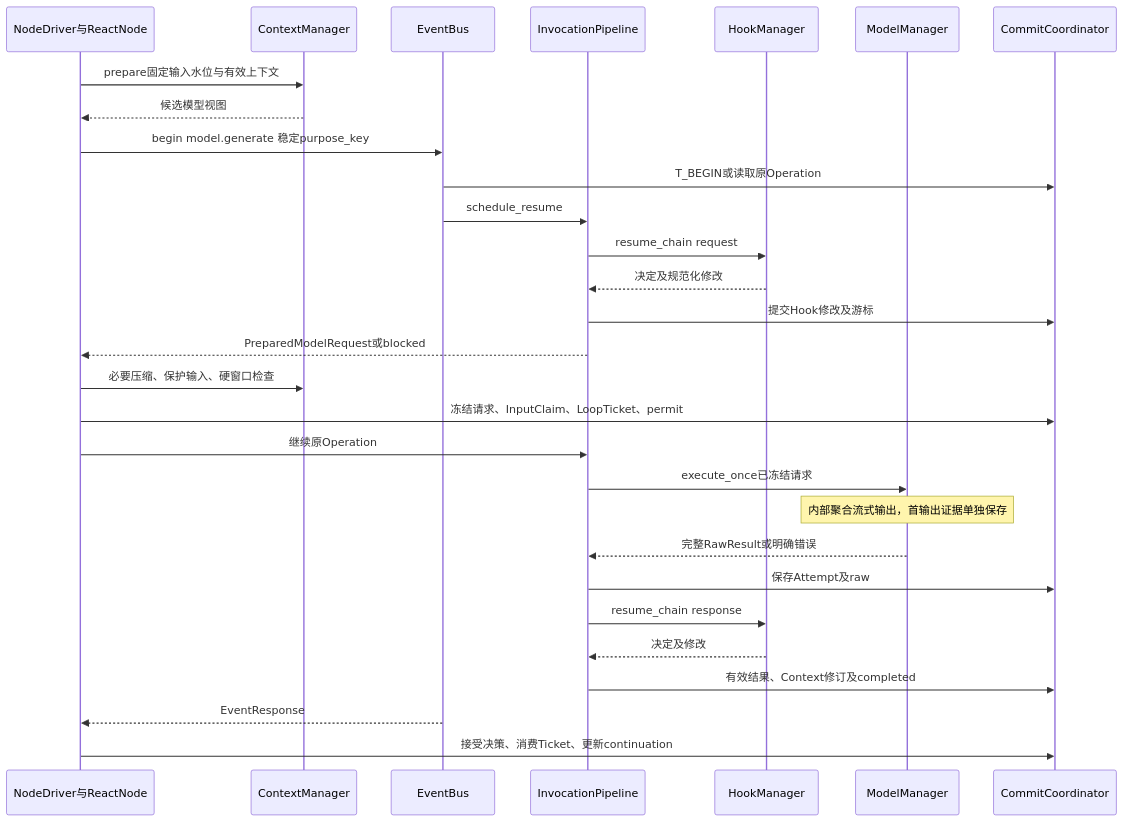
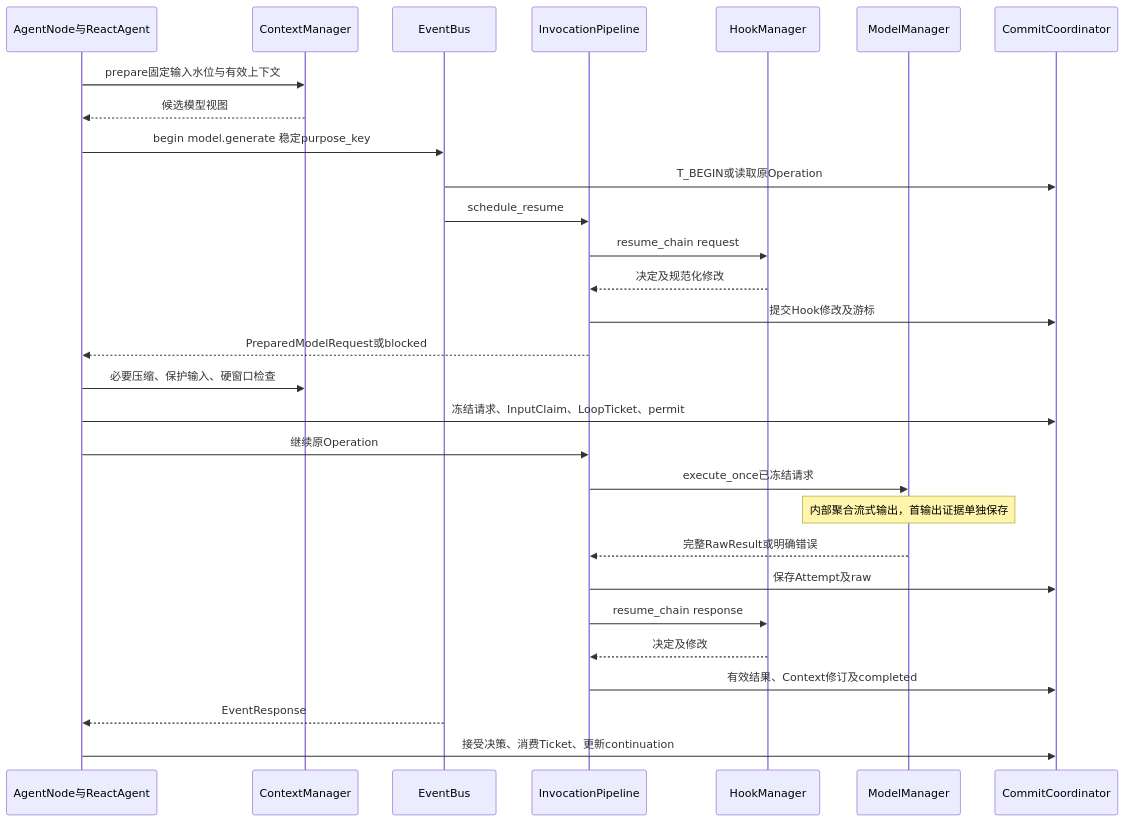
The seventh of 9 diagrams in docs/sdk/object-collaboration.md (dujian0068/agent-loom), drawn with Mermaid before and after one commit. The commit also changed other lines of this file and 28 other files, not shown here.

Commit message:
docs: clarify runtime scopes and AgentNode composition

````diff
--- a/docs/sdk/object-collaboration.md
+++ b/docs/sdk/object-collaboration.md
@@ -350,31 +481,31 @@
 ```mermaid
 sequenceDiagram
-    participant D as NodeDriver与ReactNode
+    participant D as AgentNode与ReactAgent
     participant X as ContextManager
     participant B as EventBus
     participant P as InvocationPipeline
     participant H as HookManager
     participant M as ModelManager
     participant C as CommitCoordinator
     D->>X: prepare固定输入水位与有效上下文
     X-->>D: 候选模型视图
     D->>B: begin model.generate 稳定purpose_key
     B->>C: T_BEGIN或读取原Operation
     B->>P: schedule_resume
     P->>H: resume_chain request
     H-->>P: 决定及规范化修改
     P->>C: 提交Hook修改及游标
     P-->>D: PreparedModelRequest或blocked
     D->>X: 必要压缩、保护输入、硬窗口检查
     D->>C: 冻结请求、InputClaim、LoopTicket、permit
     D->>P: 继续原Operation
     P->>M: execute_once已冻结请求
     Note over M: 内部聚合流式输出，首输出证据单独保存
     M-->>P: 完整RawResult或明确错误
     P->>C: 保存Attempt及raw
     P->>H: resume_chain response
     H-->>P: 决定及修改
     P->>C: 有效结果、Context修订及completed
     B-->>D: EventResponse
     D->>C: 接受决策、消费Ticket、更新continuation
 ```
````
